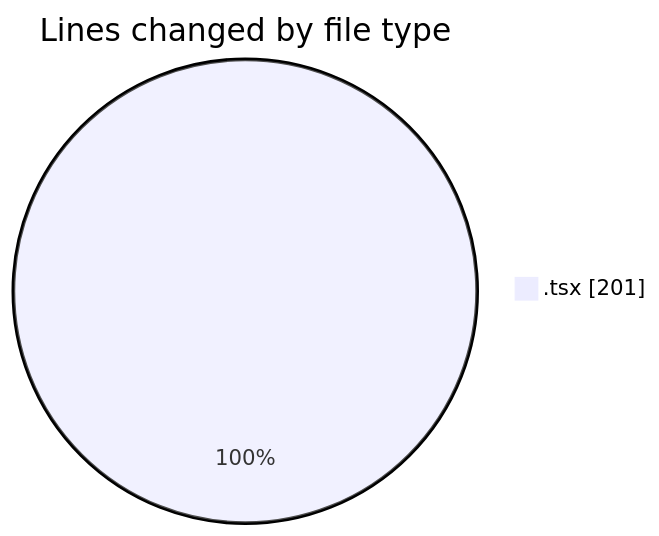
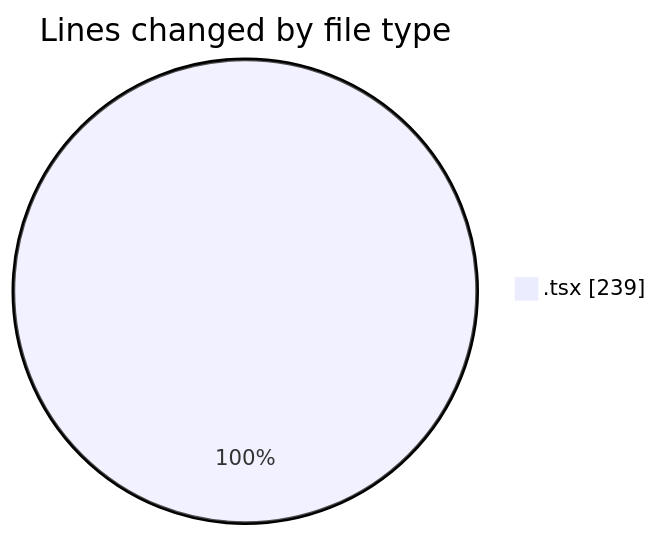
One commit to momahboobian/code-tracking changed the first of 2 diagrams in 2025-06-12/cda/README.md. Above: the diagram before and after it, drawn with Mermaid. The commit also changed other lines of this file and 1 other file, not shown here.

````diff
--- a/2025-06-12/cda/README.md
+++ b/2025-06-12/cda/README.md
@@ -20,5 +20,5 @@
 ```mermaid
 pie showData
 title Lines changed by file type
-".tsx" : 201
+".tsx" : 239
 ```
````
